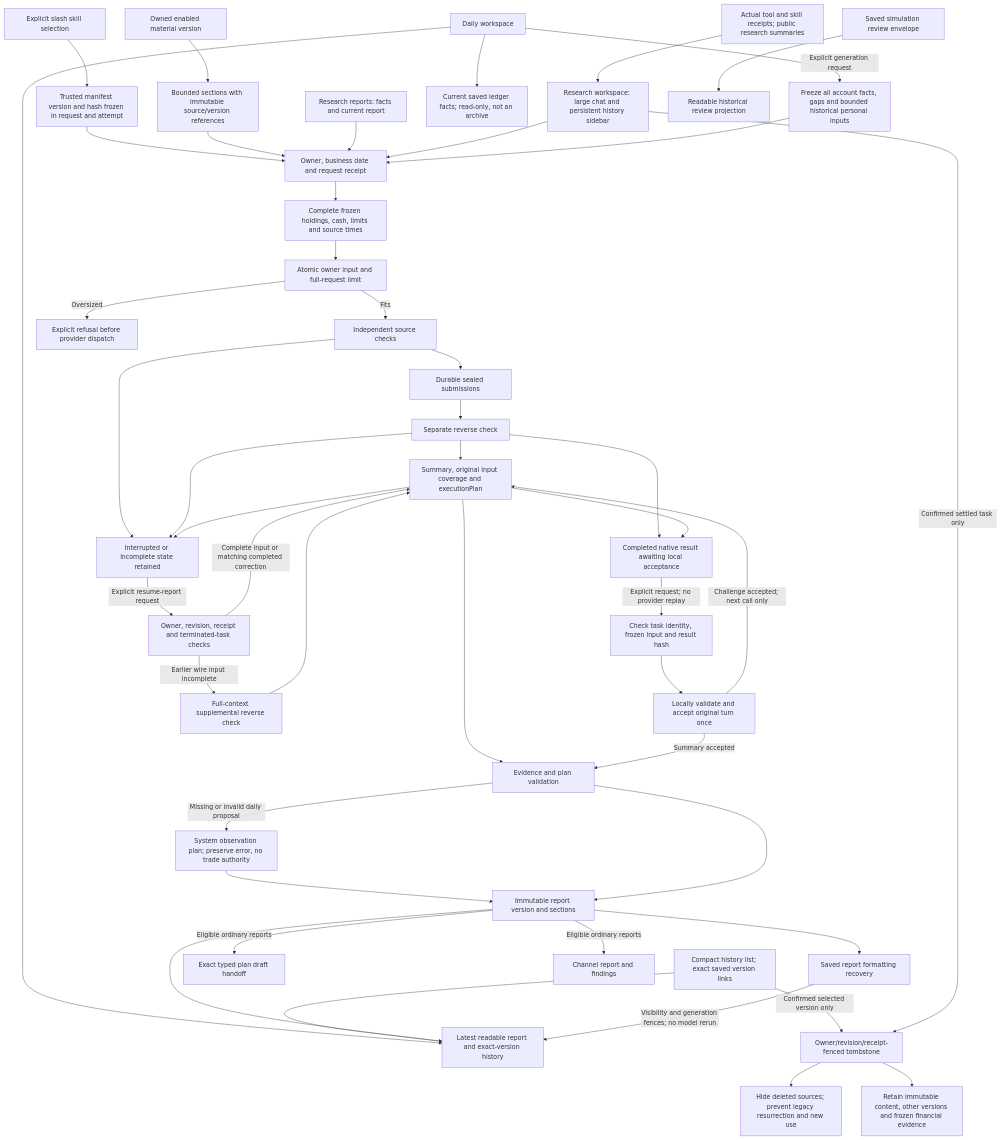
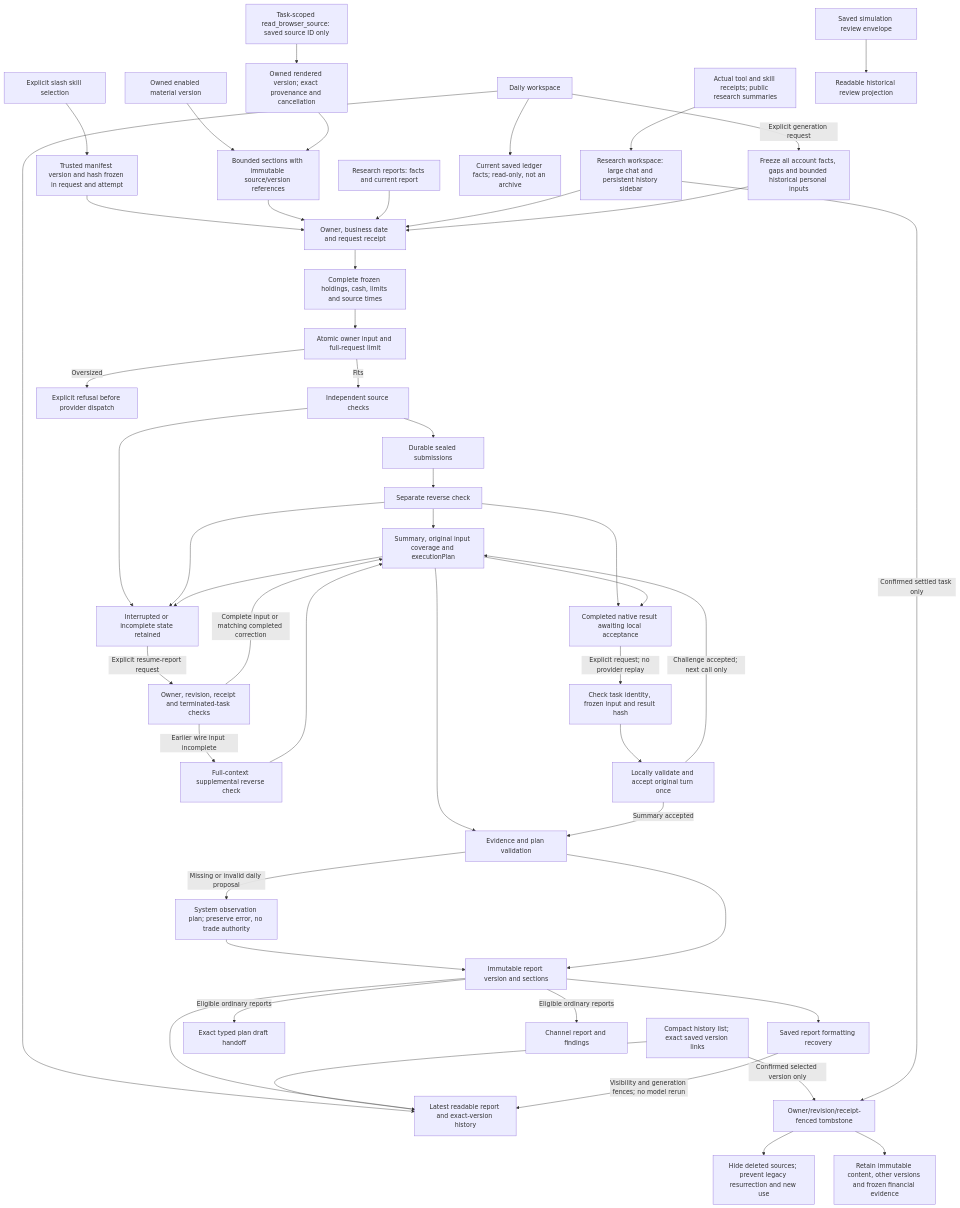
The second of 5 diagrams in docs/architecture.md (Lueyu/squabble), drawn with Mermaid before and after one commit. The commit also changed other lines of this file and 58 other files, not shown here.

````diff
--- a/docs/architecture.md
+++ b/docs/architecture.md
@@ -104,49 +107,51 @@
 ```mermaid
 flowchart TD
     selectedSkill["Explicit slash skill selection"] --> skillPin["Trusted manifest version and hash frozen in request and attempt"]
     skillPin --> request
     material["Owned enabled material version"] --> materialPin["Bounded sections with immutable source/version references"]
     materialPin --> request
+    browserTool["Task-scoped read_browser_source: saved source ID only"] --> browserVersion["Owned rendered version; exact provenance and cancellation"]
+    browserVersion --> materialPin
     activity["Actual tool and skill receipts; public research summaries"] --> chat["Readable per-member chat activity"]
     today["Research reports: facts and current report"] --> request["Owner, business date and request receipt"]
     dailyWorkspace["Daily workspace"] --> dailyFacts["Current saved ledger facts; read-only, not an archive"]
     dailyWorkspace --> reading
     historyList["Compact history list; exact saved version links"] --> reading
     chat["Research workspace: large chat and persistent history sidebar"] --> request
     historyList -->|"Confirmed selected version only"| remove["Owner/revision/receipt-fenced tombstone"]
     chat -->|"Confirmed settled task only"| remove
     remove --> sourceFence["Hide deleted sources; prevent legacy resurrection and new use"]
     remove --> keep["Retain immutable content, other versions and frozen financial evidence"]
     dailyWorkspace -->|"Explicit generation request"| overallFacts["Freeze all account facts, gaps and bounded historical personal inputs"]
     overallFacts --> request
     request --> frozen["Complete frozen holdings, cash, limits and source times"]
     frozen --> fit["Atomic owner input and full-request limit"]
     fit -->|"Fits"| independent["Independent source checks"]
     fit -->|"Oversized"| refuse["Explicit refusal before provider dispatch"]
     independent --> sealed["Durable sealed submissions"]
     sealed --> reverse["Separate reverse check"]
     reverse --> summary["Summary, original input coverage and executionPlan"]
     summary --> validate["Evidence and plan validation"]
     validate -->|"Missing or invalid daily proposal"| observationPlan["System observation plan; preserve error, no trade authority"]
     observationPlan --> archive
     validate --> archive["Immutable report version and sections"]
     archive --> reading["Latest readable report and exact-version history"]
     archive --> saved["Saved report formatting recovery"]
     saved -->|"Visibility and generation fences; no model rerun"| reading
     review["Saved simulation review envelope"] --> reviewProjection["Readable historical review projection"]
     archive -->|"Eligible ordinary reports"| handoff["Exact typed plan draft handoff"]
     archive -->|"Eligible ordinary reports"| channelSource["Channel report and findings"]
     independent --> interrupted["Interrupted or incomplete state retained"]
     reverse --> interrupted
     summary --> interrupted
     reverse --> returned["Completed native result awaiting local acceptance"]
     summary --> returned
     returned -->|"Explicit request; no provider replay"| reparse["Check task identity, frozen input and result hash"]
     reparse --> accept["Locally validate and accept original turn once"]
     accept -->|"Challenge accepted; next call only"| summary
     accept -->|"Summary accepted"| validate
     interrupted -->|"Explicit resume-report request"| resume["Owner, revision, receipt and terminated-task checks"]
     resume -->|"Earlier wire input incomplete"| correction["Full-context supplemental reverse check"]
     correction --> summary
     resume -->|"Complete input or matching completed correction"| summary
 ```
````
